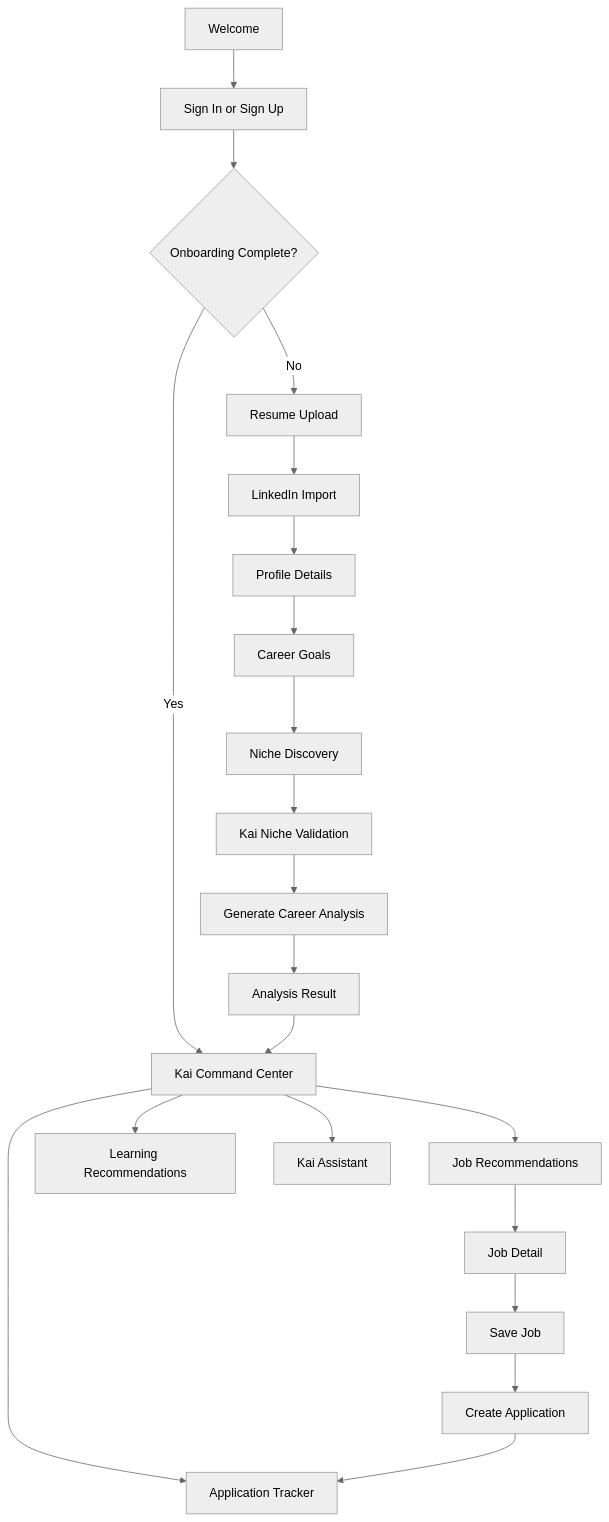
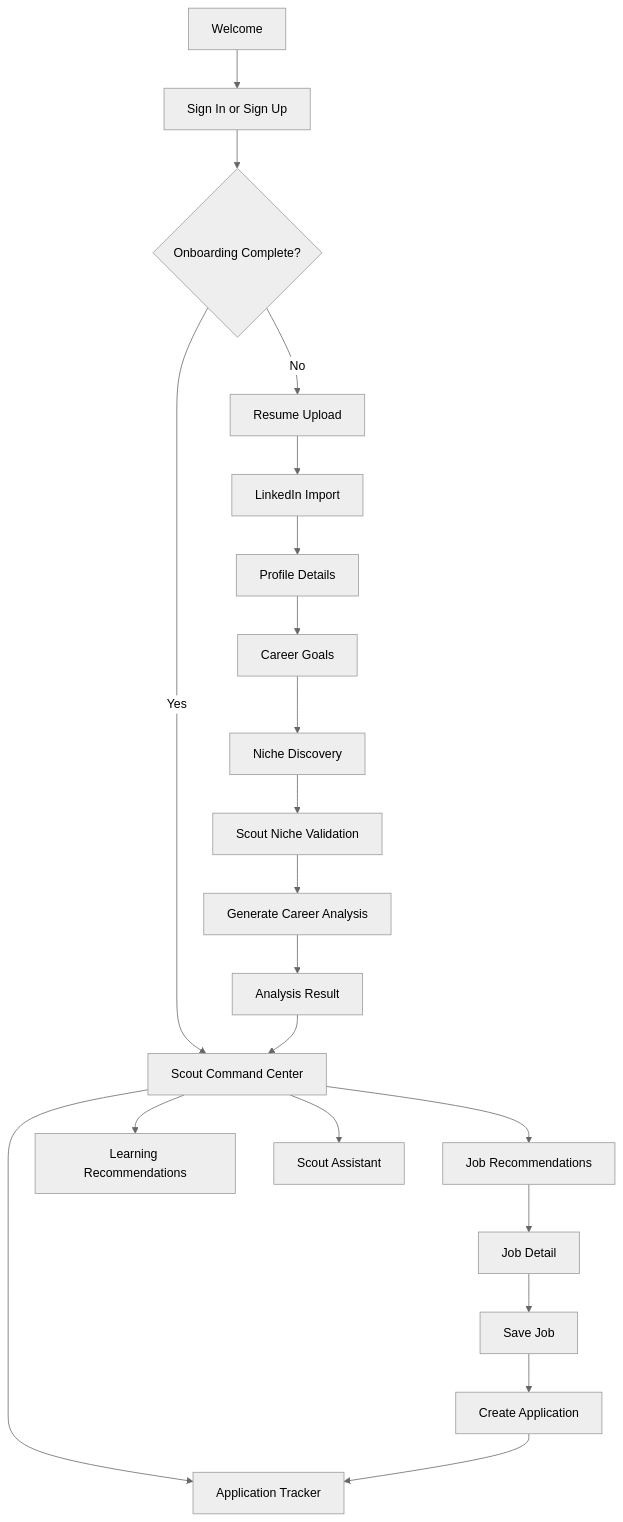
The diagram in docs/MVP_SCREEN_FLOW.md (Mirzzie/Fadi), drawn with Mermaid (neutral theme) before and after one commit. The commit also changed other lines of this file and 142 other files, not shown here.

First line of the commit message:
feat!: rename Kai → Scout — the agent that finds what's ahead of you

````diff
--- a/docs/MVP_SCREEN_FLOW.md
+++ b/docs/MVP_SCREEN_FLOW.md
@@ -5,23 +5,23 @@
 ```mermaid
 flowchart TD
     Welcome[Welcome] --> Auth[Sign In or Sign Up]
     Auth --> Check{Onboarding Complete?}
     Check -->|No| Resume[Resume Upload]
-    Check -->|Yes| Dashboard[Kai Command Center]
+    Check -->|Yes| Dashboard[Scout Command Center]
     Resume --> LinkedIn[LinkedIn Import]
     LinkedIn --> Profile[Profile Details]
     Profile --> Goals[Career Goals]
     Goals --> Niche[Niche Discovery]
-    Niche --> Validate[Kai Niche Validation]
+    Niche --> Validate[Scout Niche Validation]
     Validate --> Generate[Generate Career Analysis]
     Generate --> Analysis[Analysis Result]
     Analysis --> Dashboard
     Dashboard --> Jobs[Job Recommendations]
     Dashboard --> Apps[Application Tracker]
     Dashboard --> Learning[Learning Recommendations]
-    Dashboard --> Assistant[Kai Assistant]
+    Dashboard --> Assistant[Scout Assistant]
     Jobs --> JobDetail[Job Detail]
     JobDetail --> Save[Save Job]
     Save --> CreateApp[Create Application]
     CreateApp --> Apps
 ```
````
